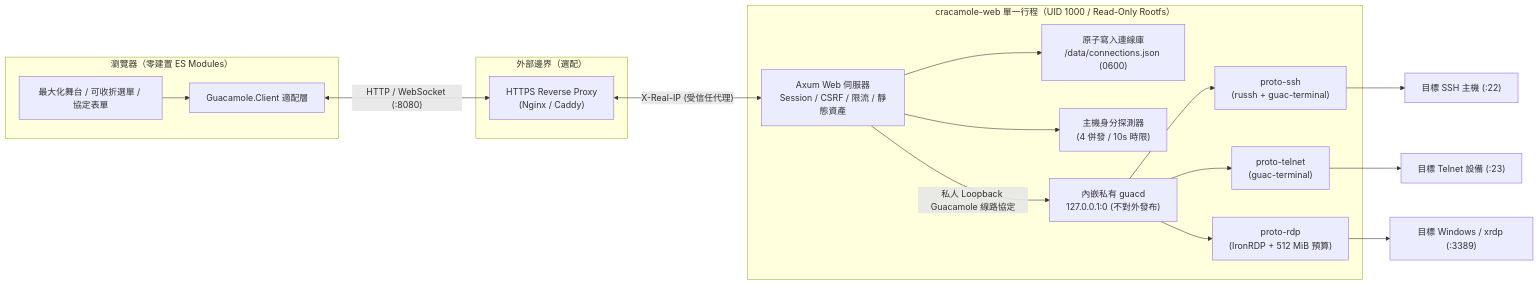
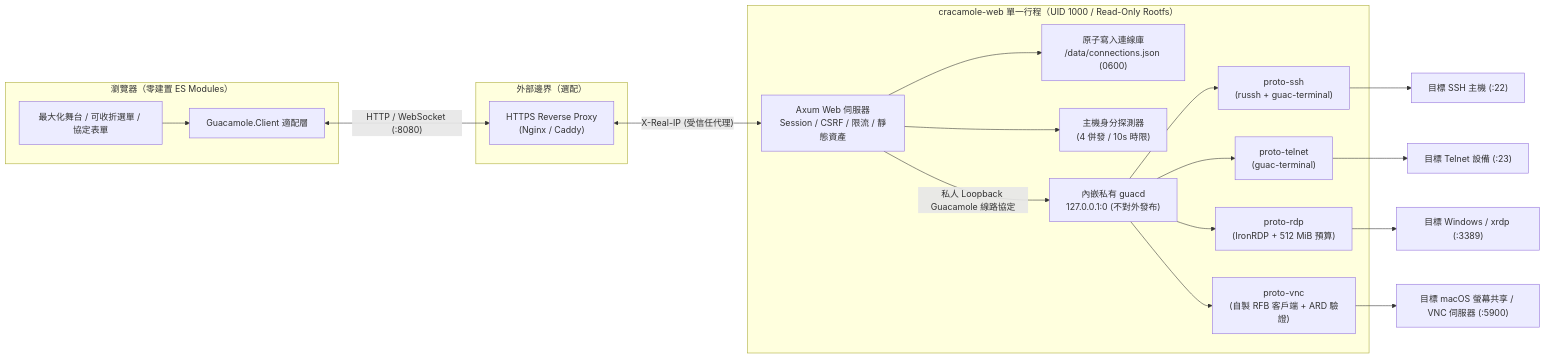
The diagram in README.md (meteorssky/cracamole), drawn with Mermaid before and after one commit. The commit also changed other lines of this file and 21 other files, not shown here.

First line of the commit message:
新增 VNC 協定（proto-vnc），以連線 macOS 螢幕共享為優先

````diff
--- a/README.md
+++ b/README.md
@@ -13,35 +13,38 @@
 ```mermaid
 flowchart LR
   subgraph Browser["瀏覽器（零建置 ES Modules）"]
     UI["最大化舞台 / 可收折選單 / 協定表單"]
     GuacJS["Guacamole.Client 適配層"]
     UI --> GuacJS
   end
 
   subgraph Proxy["外部邊界（選配）"]
     RP["HTTPS Reverse Proxy\n(Nginx / Caddy)"]
   end
 
   subgraph Process["cracamole-web 單一行程（UID 1000 / Read-Only Rootfs）"]
     Axum["Axum Web 伺服器\nSession / CSRF / 限流 / 靜態資產"]
     Store["原子寫入連線庫\n/data/connections.json (0600)"]
     Probe["主機身分探測器\n(4 併發 / 10s 時限)"]
     Daemon["內嵌私有 guacd\n127.0.0.1:0 (不對外發布)"]
     SSH["proto-ssh\n(russh + guac-terminal)"]
     Telnet["proto-telnet\n(guac-terminal)"]
     RDP["proto-rdp\n(IronRDP + 512 MiB 預算)"]
+    VNC["proto-vnc\n(自製 RFB 客戶端 + ARD 驗證)"]
 
     Axum --> Store
     Axum --> Probe
     Axum -- "私人 Loopback Guacamole 線路協定" --> Daemon
     Daemon --> SSH
     Daemon --> Telnet
     Daemon --> RDP
+    Daemon --> VNC
   end
 
   GuacJS <-- "HTTP / WebSocket (:8080)" --> RP
   RP <-- "X-Real-IP (受信任代理)" --> Axum
   SSH --> TargetSSH["目標 SSH 主機 (:22)"]
   Telnet --> TargetTelnet["目標 Telnet 設備 (:23)"]
   RDP --> TargetRDP["目標 Windows / xrdp (:3389)"]
+  VNC --> TargetVNC["目標 macOS 螢幕共享 / VNC 伺服器 (:5900)"]
 ```
````
